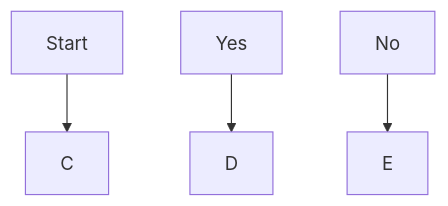
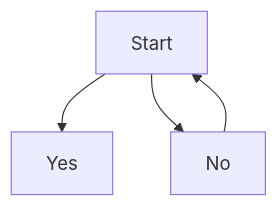
The diagram in README.md (Imartino4/holbertonschool-printf), drawn with Mermaid before and after one commit. The commit also changed other lines of this file, not shown here.

Commit message:
try dd flowchart

````diff
--- a/README.md
+++ b/README.md
@@ -21,7 +22,7 @@
 ```mermaid
 graph TD;
 
-    Start-->C;
-    Yes-->D;
-    No-->E;
+    Start-->Yes;
+    Start-->No;
+    No-->Start;
 ```
````
